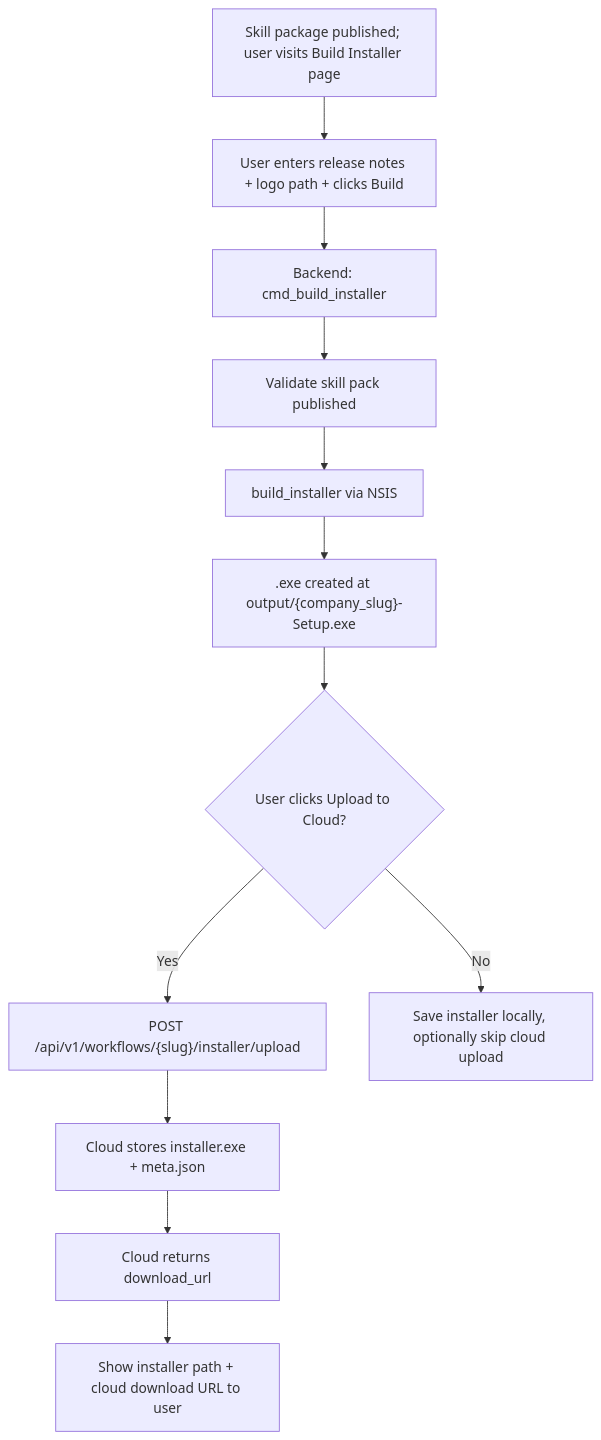
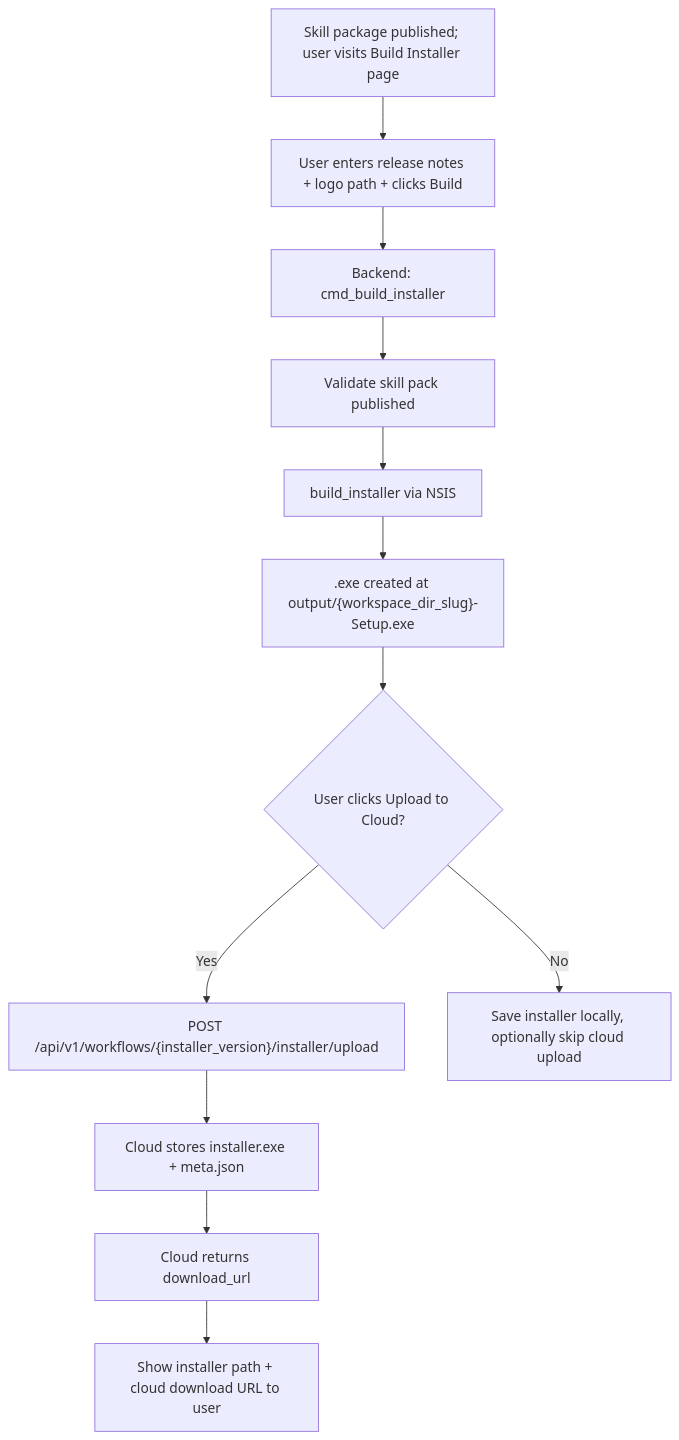
Before and after one commit to Cannonbold2412/CONXA: diagram 11 of 20 in docs/App-Flow.md, drawn with Mermaid. The commit also changed other lines of this file and 6 other files, not shown here.

First line of the commit message:
docs: reflect the company_slug removal and Studio toolbar changes

````diff
--- a/docs/App-Flow.md
+++ b/docs/App-Flow.md
@@ -451,15 +451,15 @@
 ```mermaid
 flowchart TD
     A[Skill package published; user visits Build Installer page] --> B[User enters release notes + logo path + clicks Build]
     B --> C[Backend: cmd_build_installer]
     C --> D[Validate skill pack published]
     D --> E[build_installer via NSIS]
-    E --> F[".exe created at output/{company_slug}-Setup.exe"]
+    E --> F[".exe created at output/{workspace_dir_slug}-Setup.exe"]
     
     F --> G{User clicks Upload to Cloud?}
-    G -->|Yes| H["POST /api/v1/workflows/{slug}/installer/upload"]
+    G -->|Yes| H["POST /api/v1/workflows/{installer_version}/installer/upload"]
     G -->|No| I[Save installer locally, optionally skip cloud upload]
     H --> J[Cloud stores installer.exe + meta.json]
     J --> K[Cloud returns download_url]
     K --> L[Show installer path + cloud download URL to user]
 ```
````
